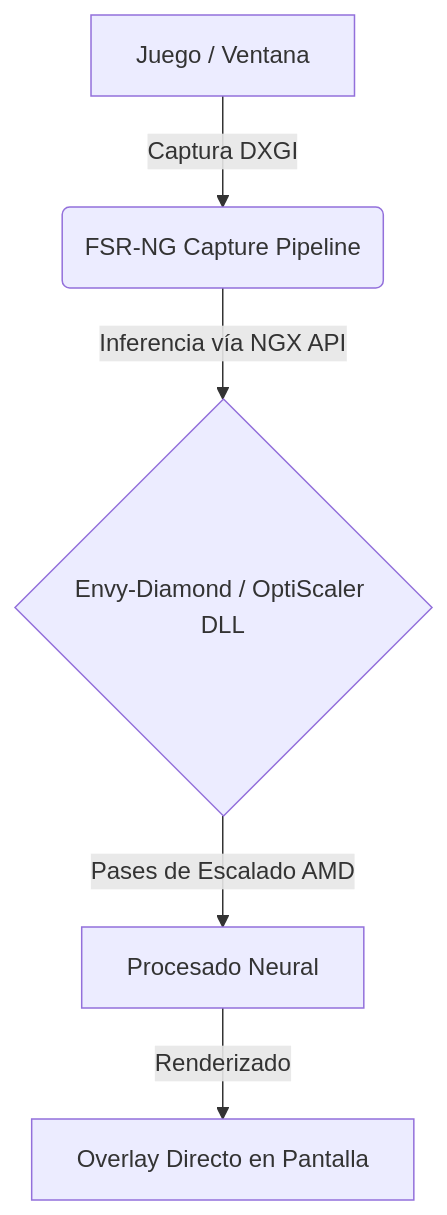
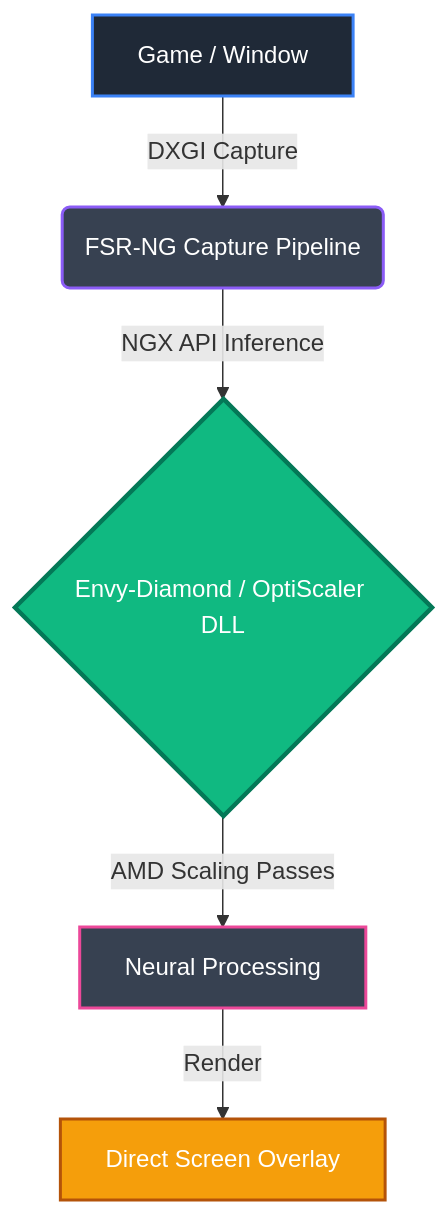
Before and after one commit to mnector/FSR-NG-Scaling: the diagram in README.md, drawn with Mermaid. The commit also changed other lines of this file, not shown here.

````diff
--- a/README.md
+++ b/README.md
@@ -28,7 +40,13 @@
 ```mermaid
 graph TD
-    A1[Juego / Ventana] -->|Captura DXGI| B1(FSR-NG Capture Pipeline)
-    B1 -->|Inferencia vía NGX API| C1{Envy-Diamond / OptiScaler DLL}
-    C1 -->|Pases de Escalado AMD| D1[Procesado Neural]
-    D1 -->|Renderizado| E1[Overlay Directo en Pantalla]
+    A1[Game / Window] -->|DXGI Capture| B1(FSR-NG Capture Pipeline)
+    B1 -->|NGX API Inference| C1{Envy-Diamond / OptiScaler DLL}
+    C1 -->|AMD Scaling Passes| D1[Neural Processing]
+    D1 -->|Render| E1[Direct Screen Overlay]
+    
+    style A1 fill:#1f2937,stroke:#3b82f6,stroke-width:2px,color:#fff
+    style B1 fill:#374151,stroke:#8b5cf6,stroke-width:2px,color:#fff
+    style C1 fill:#10b981,stroke:#047857,stroke-width:3px,color:#fff
+    style D1 fill:#374151,stroke:#ec4899,stroke-width:2px,color:#fff
+    style E1 fill:#f59e0b,stroke:#b45309,stroke-width:2px,color:#fff
 ```
````
